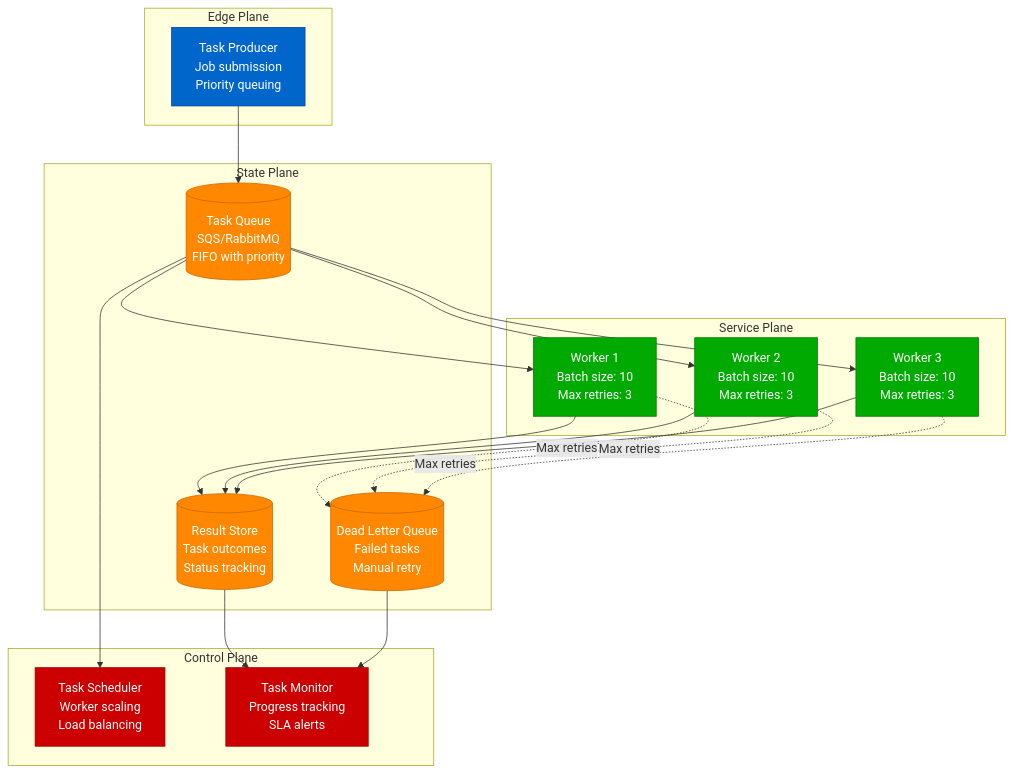
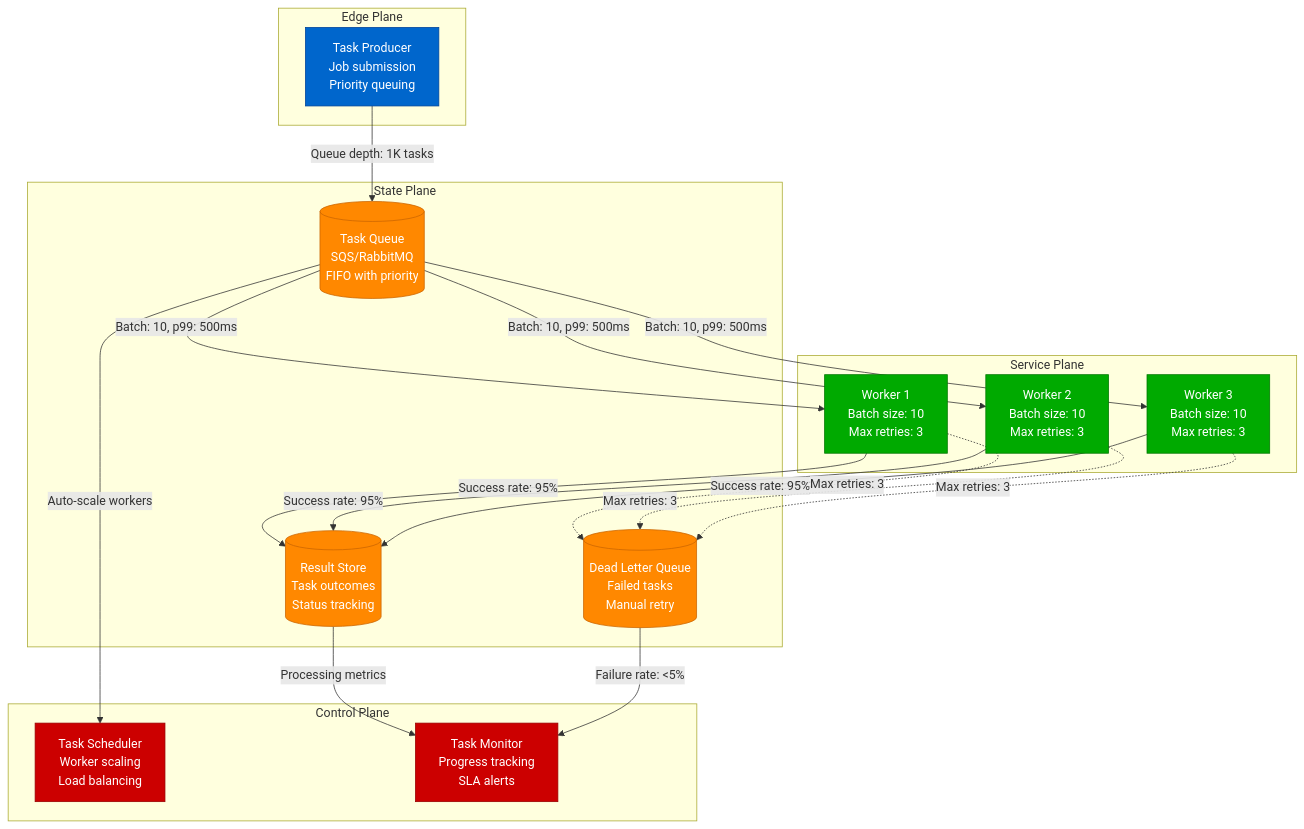
The tenth of 12 diagrams in site/docs/patterns/micro-patterns.md (deepaucksharma/DS), drawn with Mermaid before and after one commit. The commit also changed other lines of this file and 108 other files, not shown here.

````diff
--- a/site/docs/patterns/micro-patterns.md
+++ b/site/docs/patterns/micro-patterns.md
@@ -617,52 +617,52 @@
 ```mermaid
 graph TB
     subgraph EdgePlane[Edge Plane]
         PRODUCER[Task Producer<br/>Job submission<br/>Priority queuing]
     end
 
     subgraph ServicePlane[Service Plane]
         WORKER1[Worker 1<br/>Batch size: 10<br/>Max retries: 3]
         WORKER2[Worker 2<br/>Batch size: 10<br/>Max retries: 3]
         WORKER3[Worker 3<br/>Batch size: 10<br/>Max retries: 3]
     end
 
     subgraph StatePlane[State Plane]
         TASK_QUEUE[(Task Queue<br/>SQS/RabbitMQ<br/>FIFO with priority)]
         DLQ[(Dead Letter Queue<br/>Failed tasks<br/>Manual retry)]
         RESULT_STORE[(Result Store<br/>Task outcomes<br/>Status tracking)]
     end
 
     subgraph ControlPlane[Control Plane]
         SCHEDULER[Task Scheduler<br/>Worker scaling<br/>Load balancing]
         MONITOR[Task Monitor<br/>Progress tracking<br/>SLA alerts]
     end
 
     %% Task flow
-    PRODUCER --> TASK_QUEUE
-    TASK_QUEUE --> WORKER1
-    TASK_QUEUE --> WORKER2
-    TASK_QUEUE --> WORKER3
+    PRODUCER -->|Queue depth: 1K tasks| TASK_QUEUE
+    TASK_QUEUE -->|Batch: 10, p99: 500ms| WORKER1
+    TASK_QUEUE -->|Batch: 10, p99: 500ms| WORKER2
+    TASK_QUEUE -->|Batch: 10, p99: 500ms| WORKER3
 
     %% Results and failures
-    WORKER1 --> RESULT_STORE
-    WORKER2 --> RESULT_STORE
-    WORKER3 --> RESULT_STORE
-    WORKER1 -.->|Max retries| DLQ
-    WORKER2 -.->|Max retries| DLQ
-    WORKER3 -.->|Max retries| DLQ
+    WORKER1 -->|Success rate: 95%| RESULT_STORE
+    WORKER2 -->|Success rate: 95%| RESULT_STORE
+    WORKER3 -->|Success rate: 95%| RESULT_STORE
+    WORKER1 -.->|Max retries: 3| DLQ
+    WORKER2 -.->|Max retries: 3| DLQ
+    WORKER3 -.->|Max retries: 3| DLQ
 
     %% Management
-    TASK_QUEUE --> SCHEDULER
-    RESULT_STORE --> MONITOR
-    DLQ --> MONITOR
+    TASK_QUEUE -->|Auto-scale workers| SCHEDULER
+    RESULT_STORE -->|Processing metrics| MONITOR
+    DLQ -->|Failure rate: <5%| MONITOR
 
     classDef edgeStyle fill:#0066CC,stroke:#004499,color:#fff
     classDef serviceStyle fill:#00AA00,stroke:#007700,color:#fff
     classDef stateStyle fill:#FF8800,stroke:#CC6600,color:#fff
     classDef controlStyle fill:#CC0000,stroke:#990000,color:#fff
 
     class PRODUCER edgeStyle
     class WORKER1,WORKER2,WORKER3 serviceStyle
     class TASK_QUEUE,DLQ,RESULT_STORE stateStyle
     class SCHEDULER,MONITOR controlStyle
 ```
````
